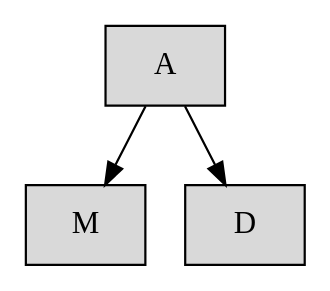
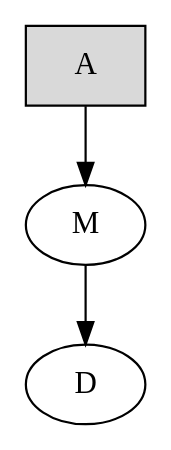
One commit to StatisticalRethinkingJulia/StructuralCausalModels.jl changed the diagram in examples/SR/waffledivorce/AMD_2.dot. Above: the diagram before and after it, drawn with Graphviz. The commit also changed 5 other files, not shown here.

```diff
--- a/examples/SR/waffledivorce/AMD_2.dot
+++ b/examples/SR/waffledivorce/AMD_2.dot
@@ -1,7 +1,5 @@
 digraph Waffle_Model {
   "A" [shape="box", fillcolor="gray85", style="filled"];
     "A" -> "M";
-    "A" -> "D";
-  "M" [shape="box", fillcolor="gray85", style="filled"];
-  "D" [shape="box", fillcolor="gray85", style="filled"];
+    "M" -> "D";
 }
```
